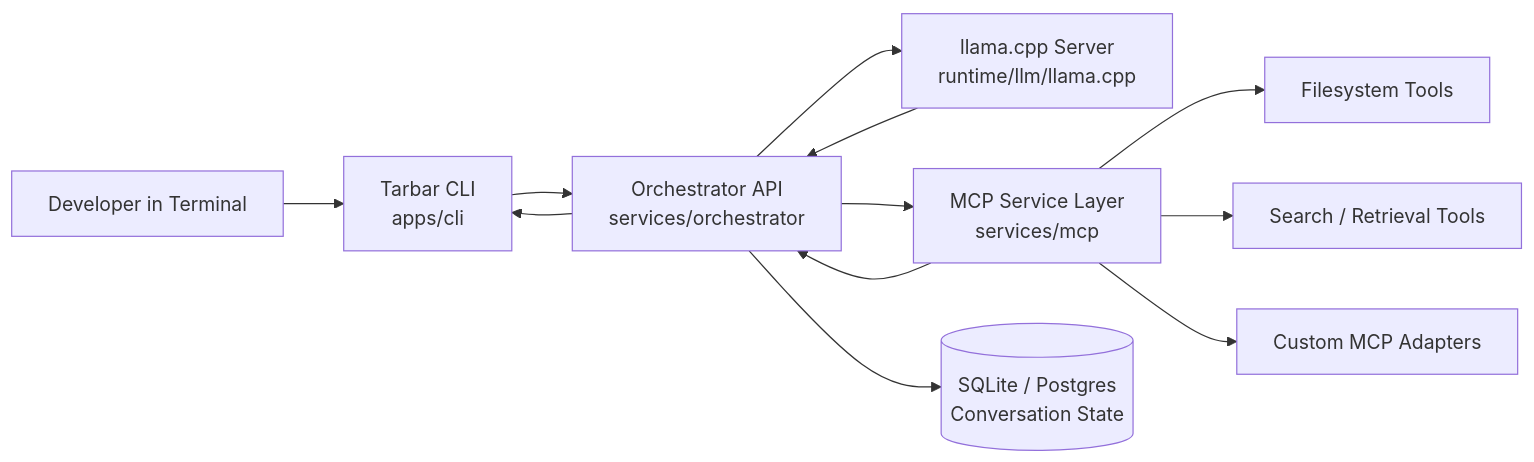
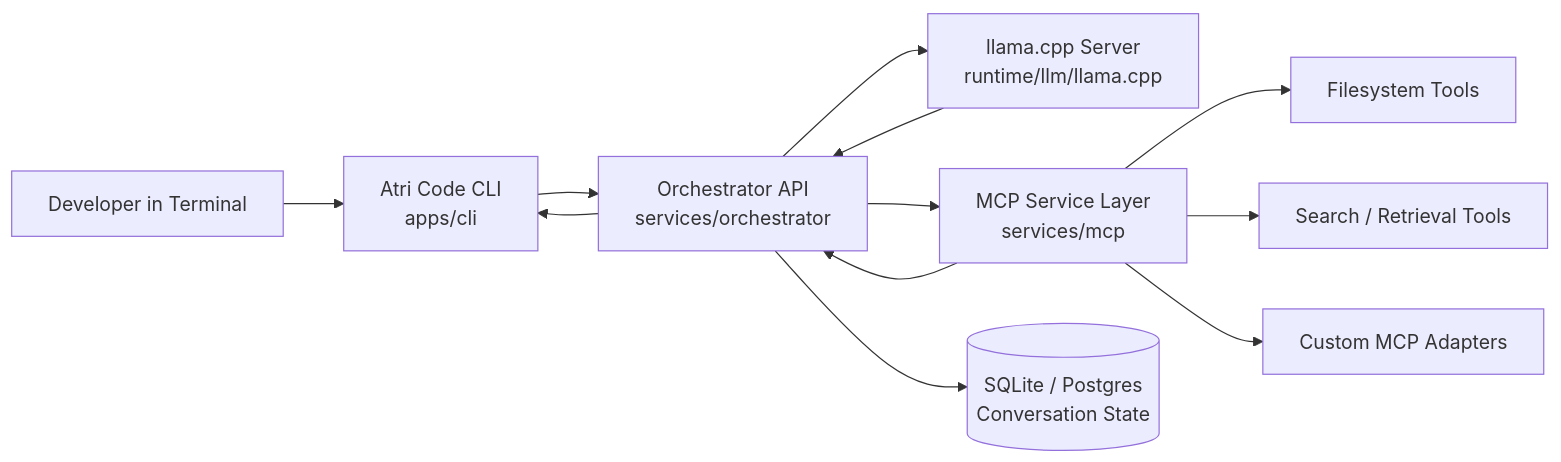
Before and after one commit to ToniBirat7/atri-cli: the diagram in README.md, drawn with Mermaid. The commit also changed other lines of this file and 33 other files, not shown here.

````diff
--- a/README.md
+++ b/README.md
@@ -73,17 +73,17 @@
 ```mermaid
 flowchart LR
-	U[Developer in Terminal] --> C[Tarbar CLI<br/>apps/cli]
+	U[Developer in Terminal] --> C[Atri Code CLI<br/>apps/cli]
 	C --> O[Orchestrator API<br/>services/orchestrator]
 	O --> L[llama.cpp Server<br/>runtime/llm/llama.cpp]
 
 	O --> M[MCP Service Layer<br/>services/mcp]
 	M --> T1[Filesystem Tools]
 	M --> T2[Search / Retrieval Tools]
 	M --> T3[Custom MCP Adapters]
 
 	O --> D[(SQLite / Postgres<br/>Conversation State)]
 
 	L --> O
 	M --> O
 	O --> C
 ```
````
